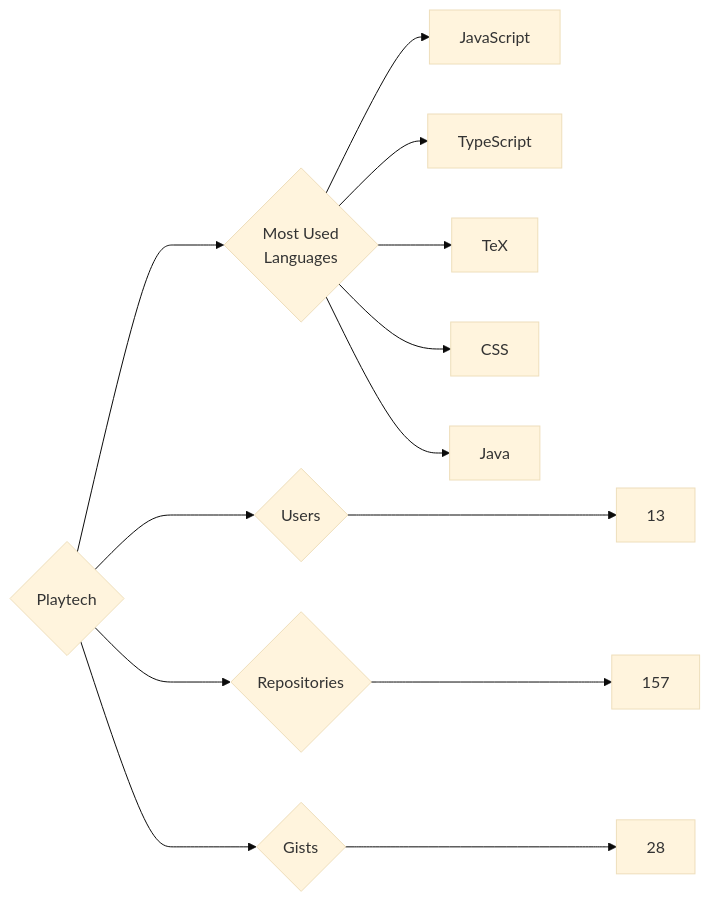
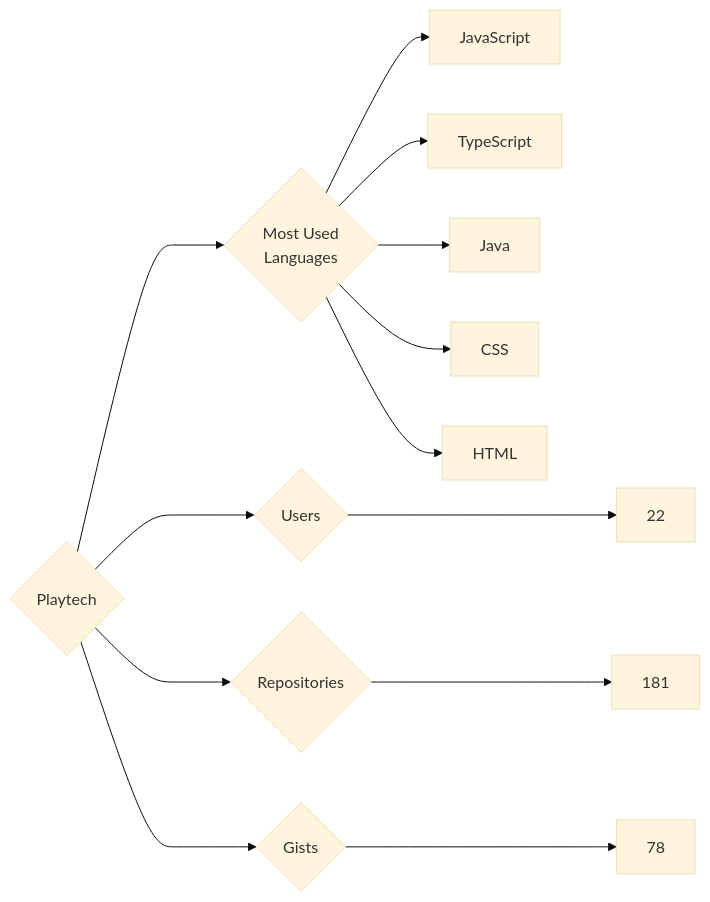
One commit to trickest/insiders changed the diagram in targets/Playtech/README.md. Above: the diagram before and after it, drawn with Mermaid (base theme). The commit also changed 964 other files, not shown here.

````diff
--- a/targets/Playtech/README.md
+++ b/targets/Playtech/README.md
@@ -3,13 +3,13 @@
 ```mermaid
 graph LR
 COMPANY_NAME{Playtech}
-COMPANY_NAME ---> U{Users} ---> UN[13]
-COMPANY_NAME ---> R{Repositories} ---> RN[157]
-COMPANY_NAME ---> G{Gists} ---> GN[28]
+COMPANY_NAME ---> U{Users} ---> UN[22]
+COMPANY_NAME ---> R{Repositories} ---> RN[181]
+COMPANY_NAME ---> G{Gists} ---> GN[78]
 COMPANY_NAME ---> ML{Most Used<br>Languages}
 ML --> JavaScript[JavaScript]
 ML --> TypeScript[TypeScript]
-ML --> TeX[TeX]
+ML --> Java[Java]
 ML --> CSS[CSS]
-ML --> Java[Java]
+ML --> HTML[HTML]
 ```
````
